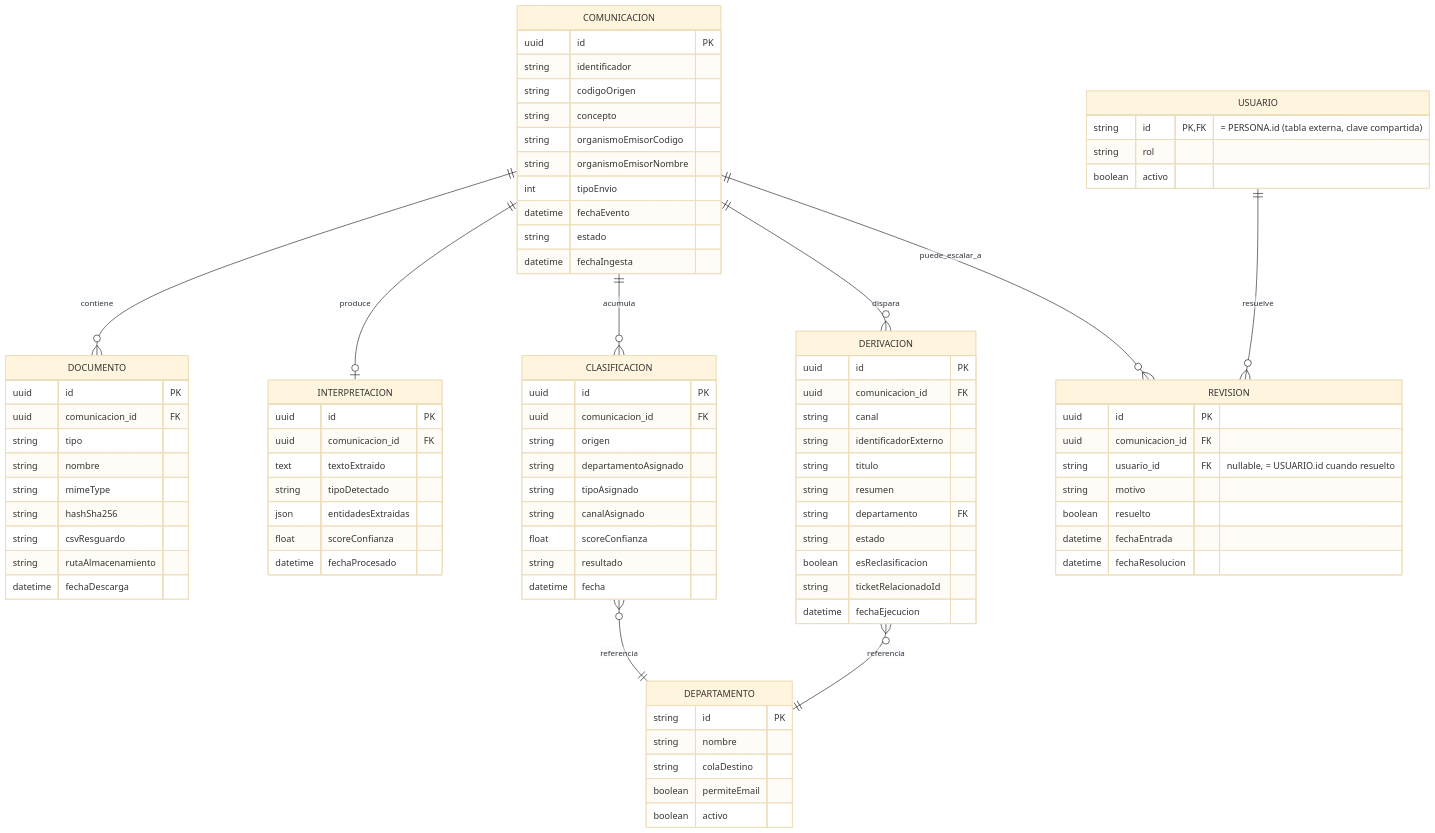
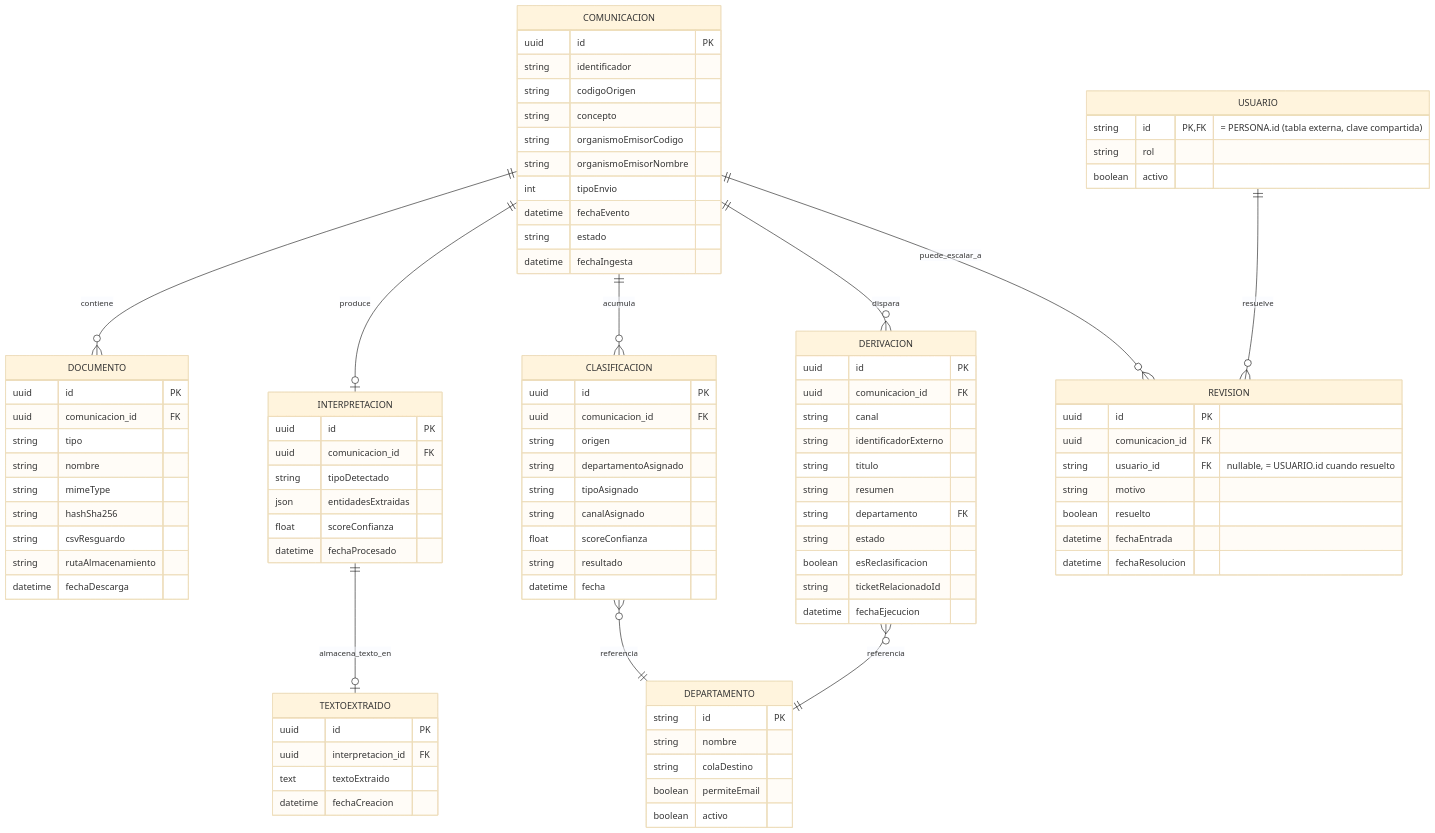
Before and after one commit to XIN917/TFM: the diagram in Diagramas/ER_Explicacion.md, drawn with Mermaid (base theme). The commit also changed other lines of this file and 11 other files, not shown here.

```diff
--- a/Diagramas/ER_Explicacion.md
+++ b/Diagramas/ER_Explicacion.md
@@ -10,6 +10,7 @@
 erDiagram
   COMUNICACION ||--o{ DOCUMENTO : contiene
   COMUNICACION ||--o| INTERPRETACION : produce
+  INTERPRETACION ||--o| TEXTOEXTRAIDO : almacena_texto_en
   COMUNICACION ||--o{ CLASIFICACION : acumula
   COMUNICACION ||--o{ DERIVACION : dispara
   COMUNICACION ||--o{ REVISION : puede_escalar_a
@@ -41,11 +42,16 @@
   INTERPRETACION {
     uuid id PK
     uuid comunicacion_id FK
-    text textoExtraido
     string tipoDetectado
     json entidadesExtraidas
     float scoreConfianza
     datetime fechaProcesado
+  }
+  TEXTOEXTRAIDO {
+    uuid id PK
+    uuid interpretacion_id FK
+    text textoExtraido
+    datetime fechaCreacion
   }
   CLASIFICACION {
     uuid id PK
```
